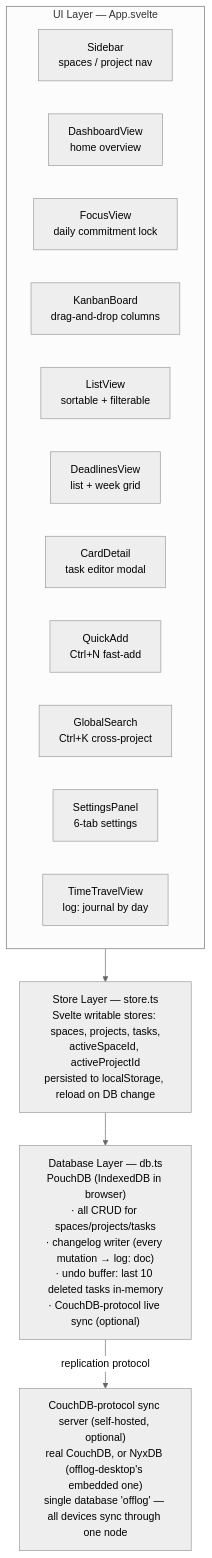
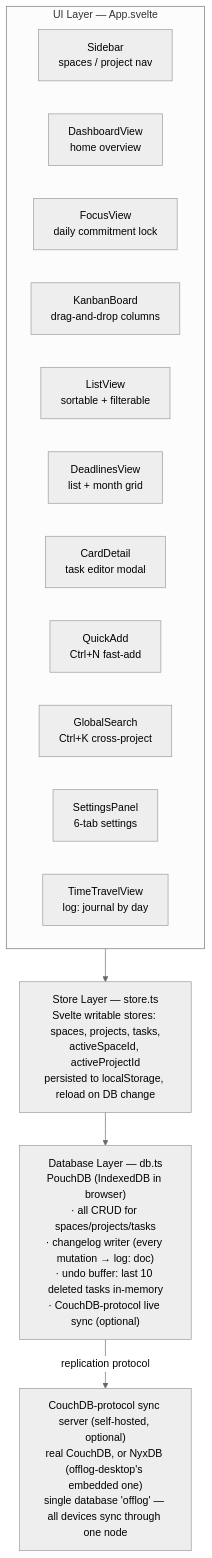
The diagram in docs/TECH.md (hrach-gevorgyan/offlog), drawn with Mermaid (neutral theme) before and after one commit. The commit also changed other lines of this file and 4 other files, not shown here.

First line of the commit message:
feat: Agenda month view, replacing Week; add-card from a tapped day

````diff
--- a/docs/TECH.md
+++ b/docs/TECH.md
@@ -53,22 +53,22 @@
 ```mermaid
 flowchart TB
     subgraph UI["UI Layer — App.svelte"]
         direction LR
         Sidebar["Sidebar<br/>spaces / project nav"]
         Dashboard["DashboardView<br/>home overview"]
         Focus["FocusView<br/>daily commitment lock"]
         Kanban["KanbanBoard<br/>drag-and-drop columns"]
         List["ListView<br/>sortable + filterable"]
-        Agenda["DeadlinesView<br/>list + week grid"]
+        Agenda["DeadlinesView<br/>list + month grid"]
         Card["CardDetail<br/>task editor modal"]
         Quick["QuickAdd<br/>Ctrl+N fast-add"]
         Search["GlobalSearch<br/>Ctrl+K cross-project"]
         Settings["SettingsPanel<br/>6-tab settings"]
         Time["TimeTravelView<br/>log: journal by day"]
     end
     Store["Store Layer — store.ts<br/>Svelte writable stores: spaces, projects, tasks,<br/>activeSpaceId, activeProjectId<br/>persisted to localStorage, reload on DB change"]
     DB["Database Layer — db.ts<br/>PouchDB (IndexedDB in browser)<br/>· all CRUD for spaces/projects/tasks<br/>· changelog writer (every mutation → log: doc)<br/>· undo buffer: last 10 deleted tasks in-memory<br/>· CouchDB-protocol live sync (optional)"]
     Sync["CouchDB-protocol sync server (self-hosted, optional)<br/>real CouchDB, or NyxDB (offlog-desktop's embedded one)<br/>single database 'offlog' — all devices sync through one node"]
 
     UI --> Store --> DB -->|replication protocol| Sync
 ```
````
